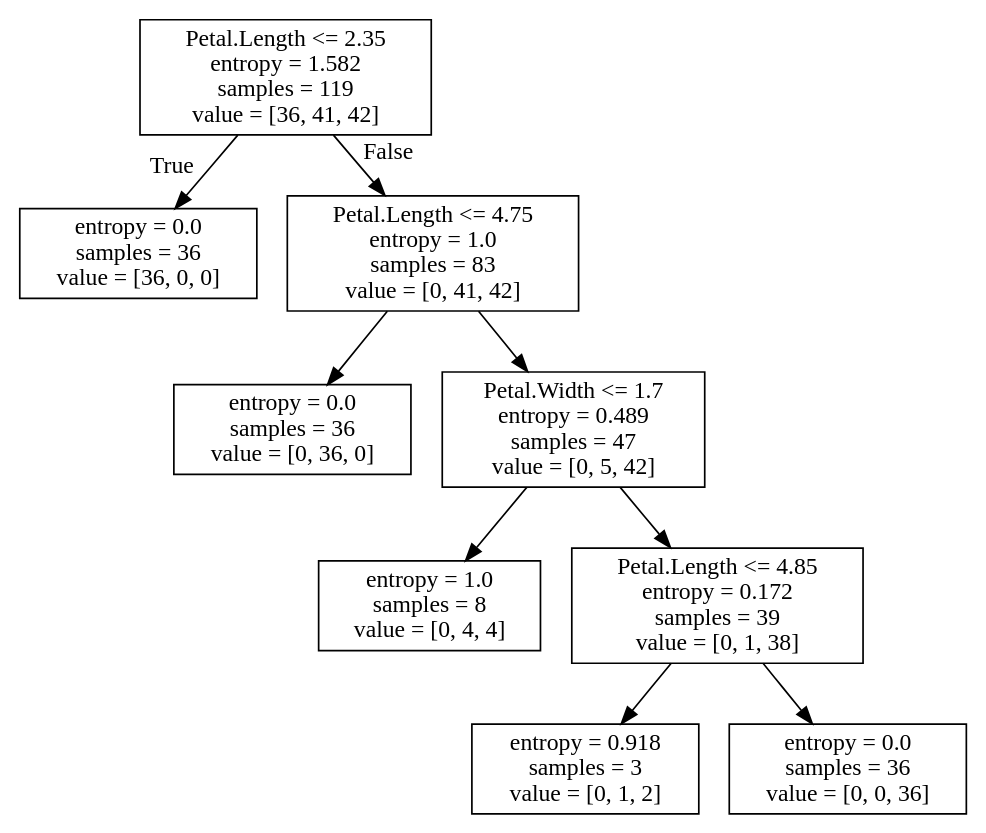
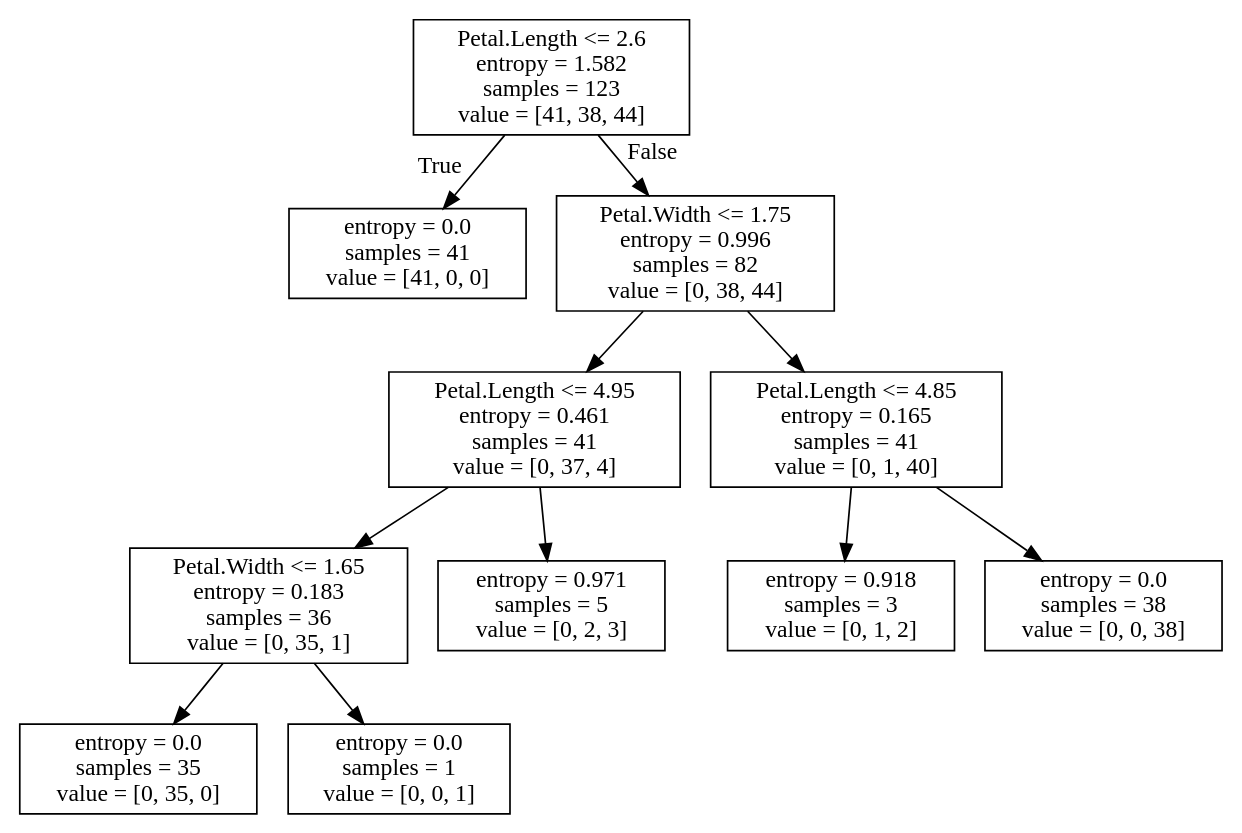
Before and after one commit to GersonVis/Tecnicas-de-IA: the diagram in curso udemy/arbol de desicion/archivos/iris_dtree.dot, drawn with Graphviz. The commit also changed 4 other files, not shown here.

```diff
--- a/curso udemy/arbol de desicion/archivos/iris_dtree.dot
+++ b/curso udemy/arbol de desicion/archivos/iris_dtree.dot
@@ -1,20 +1,24 @@
 digraph Tree {
 node [shape=box] ;
-0 [label="Petal.Length <= 2.35\nentropy = 1.582\nsamples = 119\nvalue = [36, 41, 42]"] ;
-1 [label="entropy = 0.0\nsamples = 36\nvalue = [36, 0, 0]"] ;
+0 [label="Petal.Length <= 2.6\nentropy = 1.582\nsamples = 123\nvalue = [41, 38, 44]"] ;
+1 [label="entropy = 0.0\nsamples = 41\nvalue = [41, 0, 0]"] ;
 0 -> 1 [labeldistance=2.5, labelangle=45, headlabel="True"] ;
-2 [label="Petal.Length <= 4.75\nentropy = 1.0\nsamples = 83\nvalue = [0, 41, 42]"] ;
+2 [label="Petal.Width <= 1.75\nentropy = 0.996\nsamples = 82\nvalue = [0, 38, 44]"] ;
 0 -> 2 [labeldistance=2.5, labelangle=-45, headlabel="False"] ;
-3 [label="entropy = 0.0\nsamples = 36\nvalue = [0, 36, 0]"] ;
+3 [label="Petal.Length <= 4.95\nentropy = 0.461\nsamples = 41\nvalue = [0, 37, 4]"] ;
 2 -> 3 ;
-4 [label="Petal.Width <= 1.7\nentropy = 0.489\nsamples = 47\nvalue = [0, 5, 42]"] ;
-2 -> 4 ;
-5 [label="entropy = 1.0\nsamples = 8\nvalue = [0, 4, 4]"] ;
+4 [label="Petal.Width <= 1.65\nentropy = 0.183\nsamples = 36\nvalue = [0, 35, 1]"] ;
+3 -> 4 ;
+5 [label="entropy = 0.0\nsamples = 35\nvalue = [0, 35, 0]"] ;
 4 -> 5 ;
-6 [label="Petal.Length <= 4.85\nentropy = 0.172\nsamples = 39\nvalue = [0, 1, 38]"] ;
+6 [label="entropy = 0.0\nsamples = 1\nvalue = [0, 0, 1]"] ;
 4 -> 6 ;
-7 [label="entropy = 0.918\nsamples = 3\nvalue = [0, 1, 2]"] ;
-6 -> 7 ;
-8 [label="entropy = 0.0\nsamples = 36\nvalue = [0, 0, 36]"] ;
-6 -> 8 ;
+7 [label="entropy = 0.971\nsamples = 5\nvalue = [0, 2, 3]"] ;
+3 -> 7 ;
+8 [label="Petal.Length <= 4.85\nentropy = 0.165\nsamples = 41\nvalue = [0, 1, 40]"] ;
+2 -> 8 ;
+9 [label="entropy = 0.918\nsamples = 3\nvalue = [0, 1, 2]"] ;
+8 -> 9 ;
+10 [label="entropy = 0.0\nsamples = 38\nvalue = [0, 0, 38]"] ;
+8 -> 10 ;
 }
```
